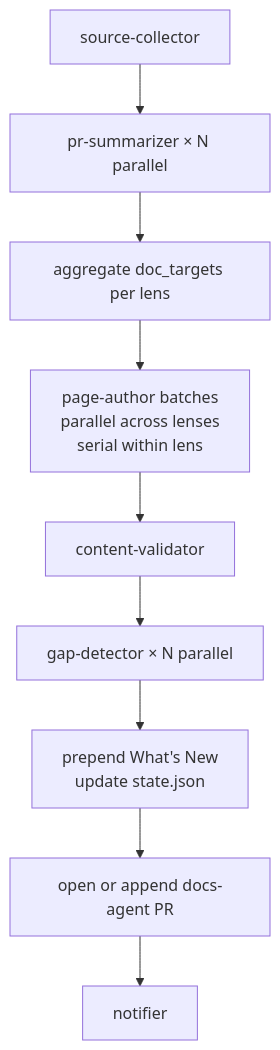
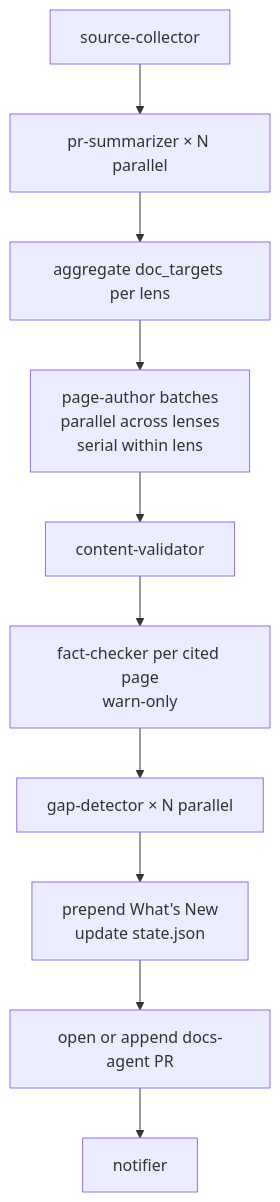
The second of 3 diagrams in docs/site-src/architecture/engineering-docs-agent.md (theoju/engineering-docs-agent), drawn with Mermaid before and after one commit. The commit also changed other lines of this file and 8 other files, not shown here.

````diff
--- a/docs/site-src/architecture/engineering-docs-agent.md
+++ b/docs/site-src/architecture/engineering-docs-agent.md
@@ -59,11 +61,12 @@
 ```mermaid
 flowchart TD
     SC[source-collector] --> PSn[pr-summarizer × N parallel]
     PSn --> AGG[aggregate doc_targets per lens]
     AGG --> PAB[page-author batches<br/>parallel across lenses<br/>serial within lens]
     PAB --> CV[content-validator]
-    CV --> GDn[gap-detector × N parallel]
+    CV --> FC[fact-checker per cited page<br/>warn-only]
+    FC --> GDn[gap-detector × N parallel]
     GDn --> WN[prepend What's New<br/>update state.json]
     WN --> DOCSPR[open or append docs-agent PR]
     DOCSPR --> NOT[notifier]
 ```
````
